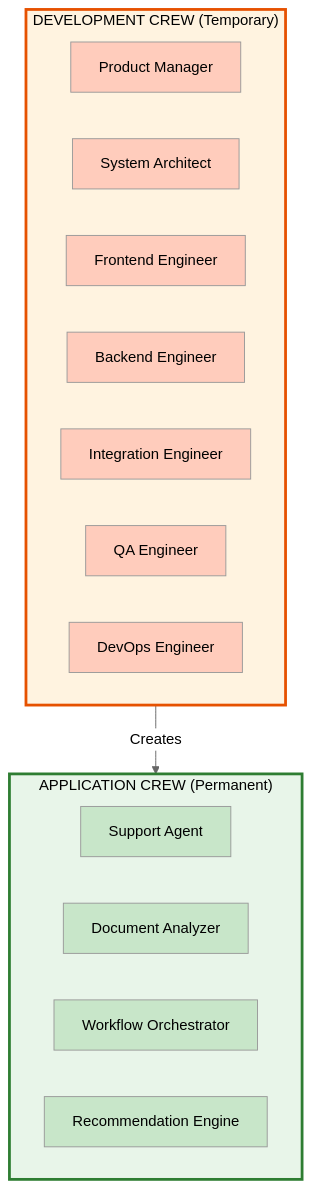
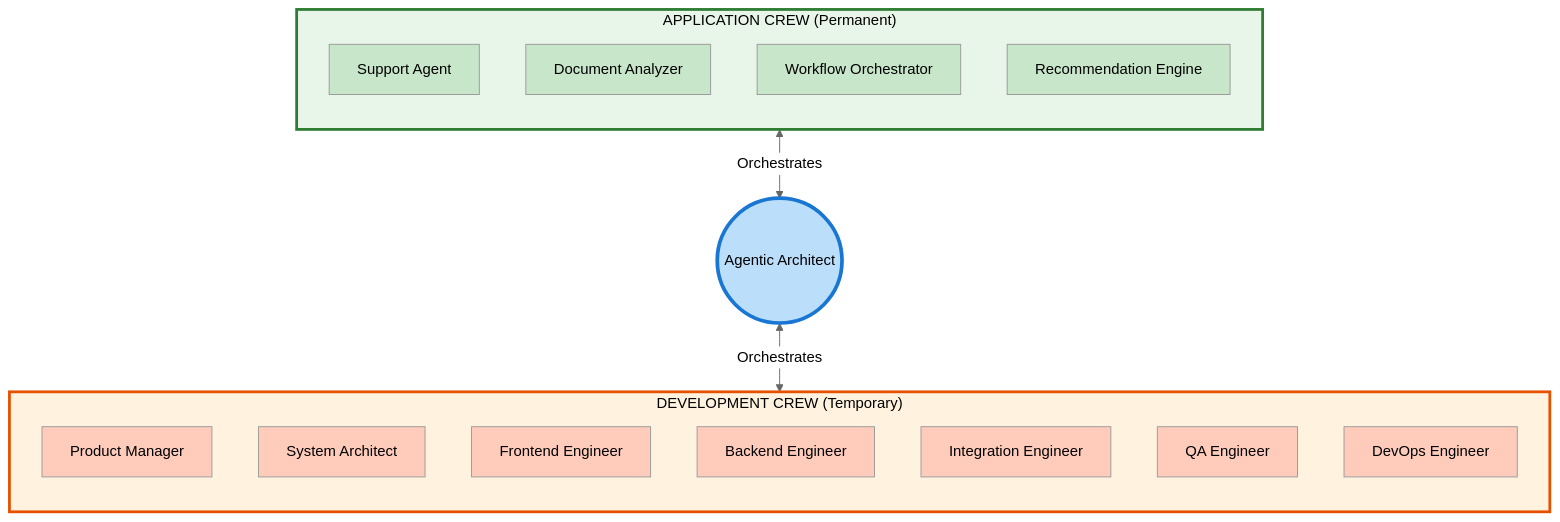
One commit to synaptic-ai-consulting/learn-aamad changed the second of 2 diagrams in course/02-aamad-overview.md. Above: the diagram before and after it, drawn with Mermaid (neutral theme). The commit also changed other lines of this file, not shown here.

First line of the commit message:
Update Module 02: Add Cursor rules/templates and improve diagram layout

````diff
--- a/course/02-aamad-overview.md
+++ b/course/02-aamad-overview.md
@@ -164,37 +166,41 @@
 ```mermaid
 flowchart TD
+    subgraph AppCrew["APPLICATION CREW (Permanent)"]
+        direction TB
+        Support[Support Agent]
+        Doc[Document Analyzer]
+        Workflow[Workflow Orchestrator]
+        Rec[Recommendation Engine]
+    end
+    
+    AA((Agentic Architect))
+    
     subgraph DevCrew["DEVELOPMENT CREW (Temporary)"]
-        direction LR
+        direction TB
         PM[Product Manager]
         SA[System Architect]
         FE[Frontend Engineer]
         BE[Backend Engineer]
         IE[Integration Engineer]
         QA[QA Engineer]
         DO[DevOps Engineer]
     end
     
-    subgraph AppCrew["APPLICATION CREW (Permanent)"]
-        direction LR
-        Support[Support Agent]
-        Doc[Document Analyzer]
-        Workflow[Workflow Orchestrator]
-        Rec[Recommendation Engine]
-    end
+    AppCrew <-->|Orchestrates| AA
+    AA <-->|Orchestrates| DevCrew
     
-    DevCrew -->|Creates| AppCrew
-    
+    style AppCrew fill:#e8f5e9,stroke:#2e7d32,stroke-width:3px,color:#000000
+    style AA fill:#bbdefb,stroke:#1976d2,stroke-width:4px,color:#000000
     style DevCrew fill:#fff3e0,stroke:#e65100,stroke-width:3px,color:#000000
-    style AppCrew fill:#e8f5e9,stroke:#2e7d32,stroke-width:3px,color:#000000
     style PM fill:#ffccbc,color:#000000
     style SA fill:#ffccbc,color:#000000
     style FE fill:#ffccbc,color:#000000
     style BE fill:#ffccbc,color:#000000
     style IE fill:#ffccbc,color:#000000
     style QA fill:#ffccbc,color:#000000
     style DO fill:#ffccbc,color:#000000
     style Support fill:#c8e6c9,color:#000000
     style Doc fill:#c8e6c9,color:#000000
     style Workflow fill:#c8e6c9,color:#000000
     style Rec fill:#c8e6c9,color:#000000
 ```
````
